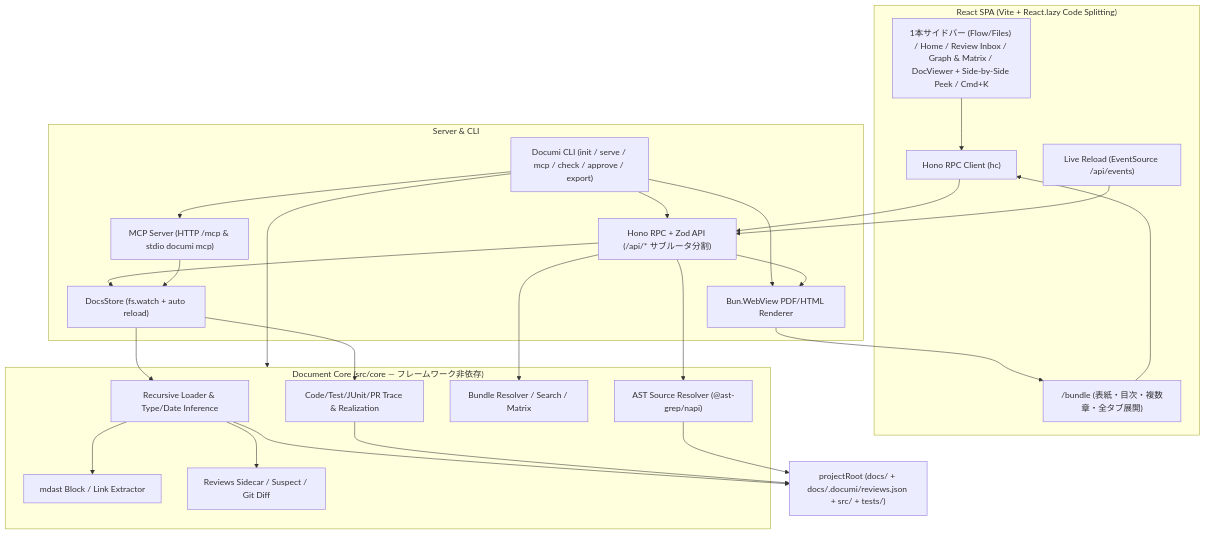
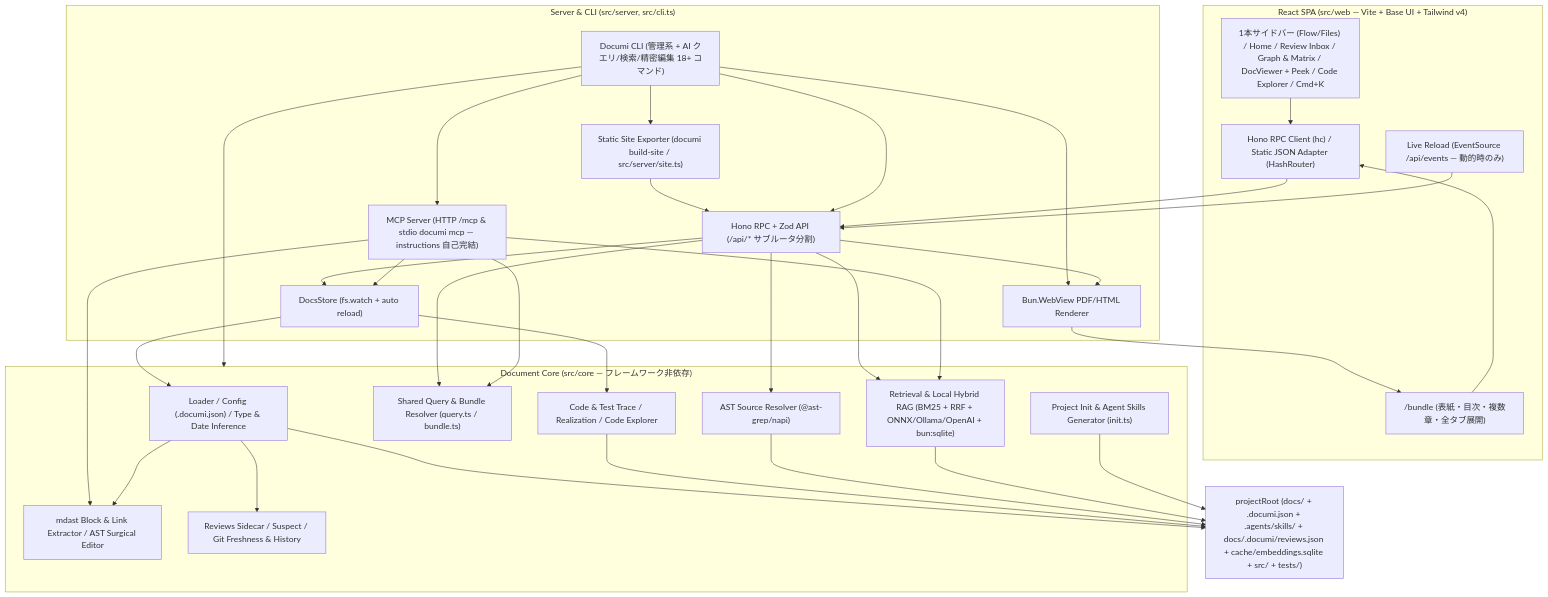
Before and after one commit to naatin777/documi: the diagram in docs/architecture/system-overview.mdx, drawn with Mermaid. The commit also changed other lines of this file and 14 other files, not shown here.

First line of the commit message:
docs: architecture・重要ADR 3本・現行design 3本・verification最新化とcore仕様の4分割 (#22)

````diff
--- a/docs/architecture/system-overview.mdx
+++ b/docs/architecture/system-overview.mdx
@@ -12,50 +12,61 @@
 ```mermaid
 flowchart TB
-    subgraph Client["React SPA (Vite + React.lazy Code Splitting)"]
-        UI["1本サイドバー (Flow/Files) / Home / Review Inbox / Graph & Matrix / DocViewer + Side-by-Side Peek / Cmd+K"]
-        RPC["Hono RPC Client (hc<ApiRoutes>)"]
+    subgraph Client["React SPA (src/web — Vite + Base UI + Tailwind v4)"]
+        UI["1本サイドバー (Flow/Files) / Home / Review Inbox / Graph & Matrix / DocViewer + Peek / Code Explorer / Cmd+K"]
+        ClientAdapter["Hono RPC Client (hc<ApiRoutes>) / Static JSON Adapter (HashRouter)"]
         BundleUI["/bundle (表紙・目次・複数章・全タブ展開)"]
-        SSE["Live Reload (EventSource /api/events)"]
+        SSE["Live Reload (EventSource /api/events — 動的時のみ)"]
     end
 
-    subgraph Entry["Server & CLI"]
+    subgraph Entry["Server & CLI (src/server, src/cli.ts)"]
         API["Hono RPC + Zod API (/api/* サブルータ分割)"]
-        MCP["MCP Server (HTTP /mcp & stdio documi mcp)"]
+        MCP["MCP Server (HTTP /mcp & stdio documi mcp — instructions 自己完結)"]
         PDF["Bun.WebView PDF/HTML Renderer"]
-        CLI["Documi CLI (init / serve / mcp / check / approve / export)"]
+        Site["Static Site Exporter (documi build-site / src/server/site.ts)"]
+        CLI["Documi CLI (管理系 + AI クエリ/検索/精密編集 18+ コマンド)"]
         Store["DocsStore (fs.watch + auto reload)"]
     end
 
     subgraph Core["Document Core (src/core — フレームワーク非依存)"]
-        Loader["Recursive Loader & Type/Date Inference"]
-        Mdx["mdast Block / Link Extractor"]
-        Reviews["Reviews Sidecar / Suspect / Git Diff"]
-        Trace["Code/Test/JUnit/PR Trace & Realization"]
-        BundleCore["Bundle Resolver / Search / Matrix"]
+        Loader["Loader / Config (.documi.json) / Type & Date Inference"]
+        Mdx["mdast Block & Link Extractor / AST Surgical Editor"]
+        Reviews["Reviews Sidecar / Suspect / Git Freshness & History"]
+        Trace["Code & Test Trace / Realization / Code Explorer"]
+        Query["Shared Query & Bundle Resolver (query.ts / bundle.ts)"]
+        Rag["Retrieval & Local Hybrid RAG (BM25 + RRF + ONNX/Ollama/OpenAI + bun:sqlite)"]
         Source["AST Source Resolver (@ast-grep/napi)"]
+        Init["Project Init & Agent Skills Generator (init.ts)"]
     end
 
-    FS["projectRoot (docs/ + docs/.documi/reviews.json + src/ + tests/)"]
+    FS["projectRoot (docs/ + .documi.json + .agents/skills/ + docs/.documi/reviews.json + cache/embeddings.sqlite + src/ + tests/)"]
 
-    UI --> RPC
-    BundleUI --> RPC
-    RPC --> API
+    UI --> ClientAdapter
+    BundleUI --> ClientAdapter
+    ClientAdapter --> API
     SSE --> API
     PDF --> BundleUI
+    Site --> API
     CLI --> Core
     CLI --> API
     CLI --> MCP
     CLI --> PDF
+    CLI --> Site
     API --> Store
     API --> PDF
+    API --> Query
+    API --> Rag
+    API --> Source
     MCP --> Store
+    MCP --> Query
+    MCP --> Rag
+    MCP --> Mdx
     Store --> Loader
     Loader --> Mdx
     Loader --> Reviews
     Store --> Trace
-    API --> BundleCore
-    API --> Source
     Loader --> FS
     Trace --> FS
     Source --> FS
+    Rag --> FS
+    Init --> FS
 ```
````
